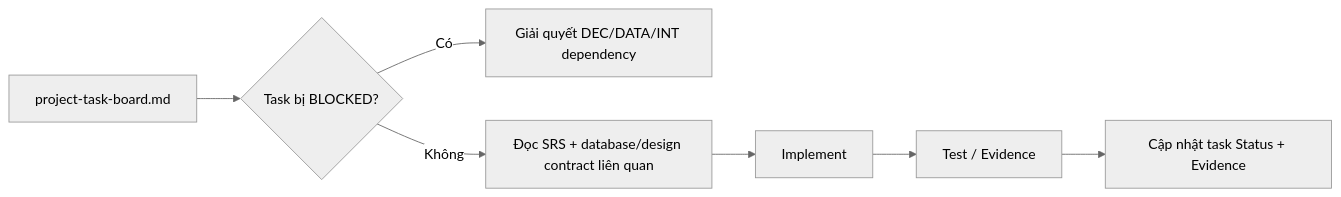
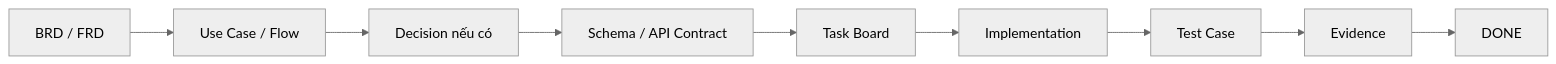
Before and after one commit to Kim-Thu/bikesport: the diagram in docs/README.md, drawn with Mermaid (neutral theme). The commit also changed other lines of this file, not shown here.

````diff
--- a/docs/README.md
+++ b/docs/README.md
@@ -25,9 +59,14 @@
 ```mermaid
 flowchart LR
-    T[project-task-board.md] --> D{Task bị BLOCKED?}
-    D -- Có --> Q[Giải quyết DEC/DATA/INT dependency]
-    D -- Không --> R[Đọc SRS + database/design contract liên quan]
-    R --> I[Implement]
-    I --> E[Test / Evidence]
-    E --> U[Cập nhật task Status + Evidence]
+    A[BRD / FRD]
+    B[Use Case / Flow]
+    C[Decision nếu có]
+    D[Schema / API Contract]
+    E[Task Board]
+    F[Implementation]
+    G[Test Case]
+    H[Evidence]
+    I[DONE]
+
+    A --> B --> C --> D --> E --> F --> G --> H --> I
 ```
````
